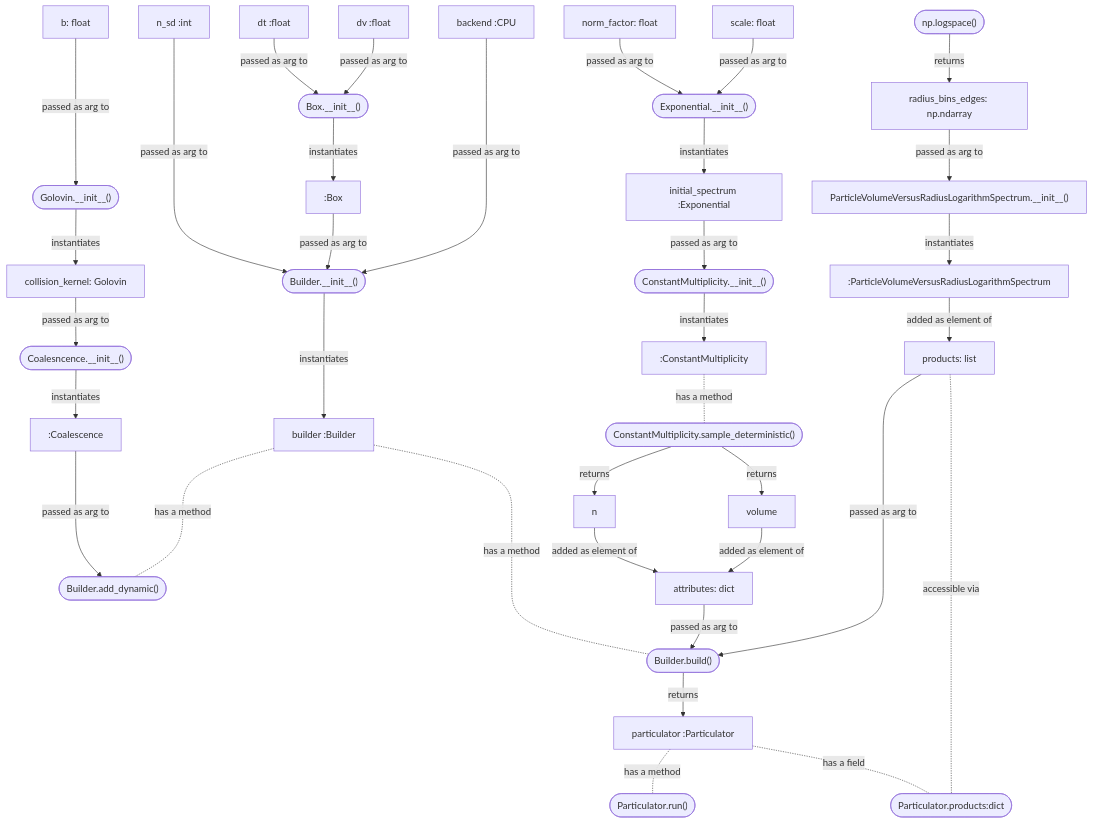
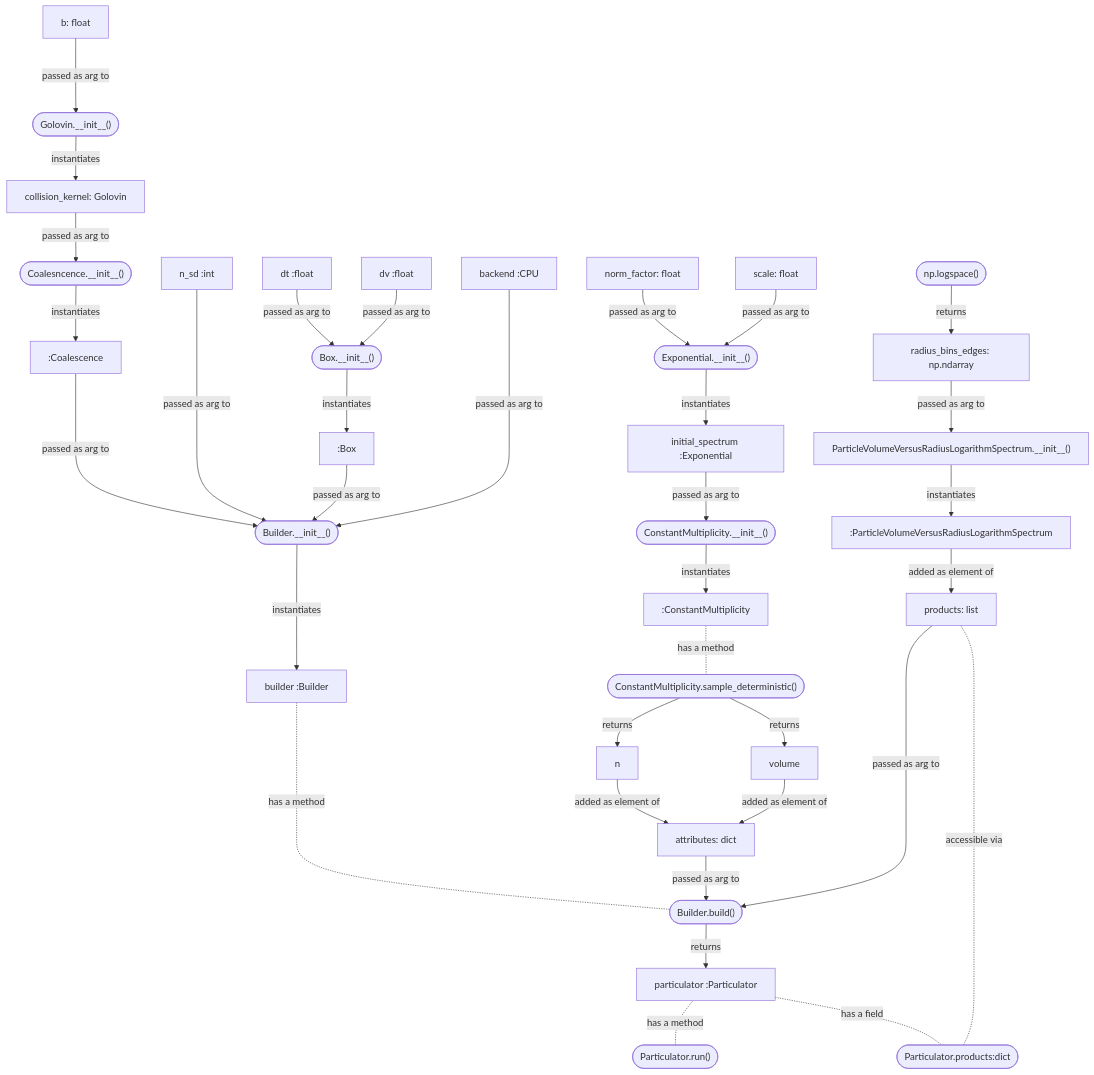
One commit to open-atmos/PySDM changed the first of 2 diagrams in docs/markdown/pysdm_landing.md. Above: the diagram before and after it, drawn with Mermaid. The commit also changed other lines of this file and 57 other files, not shown here.

Commit message:
Builder: remove `add_dynamics()` method in favour of a new `__init__()` argument (refactor towards new PySDM v3 API) (#1873)

````diff
--- a/docs/markdown/pysdm_landing.md
+++ b/docs/markdown/pysdm_landing.md
@@ -303,57 +300,55 @@
 ```mermaid
  graph
-    COAL[":Coalescence"] --->|passed as arg to| BUILDER_ADD_DYN(["Builder.add_dynamic()"])
+    COAL[":Coalescence"] --->|passed as arg to| BUILDER_INIT(["Builder.__init__()"])
     BUILDER_INSTANCE["builder :Builder"] -...-|has a method| BUILDER_BUILD(["Builder.build()"])
     ATTRIBUTES[attributes: dict] -->|passed as arg to| BUILDER_BUILD
     N_SD["n_sd :int"] ---->|passed as arg to| BUILDER_INIT
     BUILDER_INIT(["Builder.__init__()"]) --->|instantiates| BUILDER_INSTANCE
-    BUILDER_INSTANCE -..-|has a method| BUILDER_ADD_DYN(["Builder.add_dynamic()"])
     ENV_INIT(["Box.__init__()"]) -->|instantiates| ENV
     DT[dt :float] -->|passed as arg to| ENV_INIT
     DV[dv :float] -->|passed as arg to| ENV_INIT
     ENV[":Box"] -->|passed as arg to| BUILDER_INIT
     B["b: float"] --->|passed as arg to| KERNEL_INIT(["Golovin.__init__()"])
     KERNEL_INIT -->|instantiates| KERNEL
     KERNEL[collision_kernel: Golovin] -->|passed as arg to| COAL_INIT(["Coalesncence.__init__()"])
     COAL_INIT -->|instantiates| COAL
     PRODUCTS[products: list] ----->|passed as arg to| BUILDER_BUILD
     NORM_FACTOR[norm_factor: float]-->|passed as arg to| EXP_INIT
     SCALE[scale: float]-->|passed as arg to| EXP_INIT
     EXP_INIT(["Exponential.__init__()"]) -->|instantiates| IS
     IS["initial_spectrum :Exponential"] -->|passed as arg to| CM_INIT
     CM_INIT(["ConstantMultiplicity.__init__()"]) -->|instantiates| CM_INSTANCE
     CM_INSTANCE[":ConstantMultiplicity"] -.-|has a method| SAMPLE
     SAMPLE(["ConstantMultiplicity.sample_deterministic()"]) -->|returns| n
     SAMPLE -->|returns| volume
     n -->|added as element of| ATTRIBUTES
     PARTICULATOR_INSTANCE -.-|has a method| PARTICULATOR_RUN(["Particulator.run()"])
     volume -->|added as element of| ATTRIBUTES
     BUILDER_BUILD -->|returns| PARTICULATOR_INSTANCE["particulator :Particulator"]
     PARTICULATOR_INSTANCE -.-|has a field| PARTICULATOR_PROD(["Particulator.products:dict"])
     BACKEND_INSTANCE["backend :CPU"] ---->|passed as arg to| BUILDER_INIT
     PRODUCTS -.-|accessible via| PARTICULATOR_PROD
     NP_LOGSPACE(["np.logspace()"]) -->|returns| EDGES
     EDGES[radius_bins_edges: np.ndarray] -->|passed as arg to| SPECTRUM_INIT
     SPECTRUM_INIT["ParticleVolumeVersusRadiusLogarithmSpectrum.__init__()"] -->|instantiates| SPECTRUM
     SPECTRUM[":ParticleVolumeVersusRadiusLogarithmSpectrum"] -->|added as element of| PRODUCTS
 
     click COAL "https://open-atmos.github.io/PySDM/PySDM/dynamics/collisions/collision.html#Coalescence"
     click BUILDER_INSTANCE "https://open-atmos.github.io/PySDM/PySDM/builder.html"
     click BUILDER_INIT "https://open-atmos.github.io/PySDM/PySDM/builder.html"
-    click BUILDER_ADD_DYN "https://open-atmos.github.io/PySDM/PySDM/builder.html"
     click ENV_INIT "https://open-atmos.github.io/PySDM/PySDM/environments.html"
     click ENV "https://open-atmos.github.io/PySDM/PySDM/environments.html"
     click KERNEL_INIT "https://open-atmos.github.io/PySDM/PySDM/dynamics/collisions/collision_kernels.html"
     click KERNEL "https://open-atmos.github.io/PySDM/PySDM/dynamics/collisions/collision_kernels.html"
     click EXP_INIT "https://open-atmos.github.io/PySDM/PySDM/initialisation/spectra.html"
     click IS "https://open-atmos.github.io/PySDM/PySDM/initialisation/spectra.html"
     click CM_INIT "https://open-atmos.github.io/PySDM/PySDM/initialisation/sampling/spectral_sampling.html"
     click CM_INSTANCE "https://open-atmos.github.io/PySDM/PySDM/initialisation/sampling/spectral_sampling.html"
     click SAMPLE "https://open-atmos.github.io/PySDM/PySDM/initialisation/sampling/spectral_sampling.html"
     click PARTICULATOR_INSTANCE "https://open-atmos.github.io/PySDM/PySDM/particulator.html"
     click BACKEND_INSTANCE "https://open-atmos.github.io/PySDM/PySDM/backends/numba.html"
     click BUILDER_BUILD "https://open-atmos.github.io/PySDM/PySDM/builder.html"
     click NP_LOGSPACE "https://numpy.org/doc/stable/reference/generated/numpy.logspace.html"
     click SPECTRUM_INIT "https://open-atmos.github.io/PySDM/PySDM/products/size_spectral/particle_volume_versus_radius_logarithm_spectrum.html"
     click SPECTRUM "https://open-atmos.github.io/PySDM/PySDM/products/size_spectral/particle_volume_versus_radius_logarithm_spectrum.html"
 ```
````
